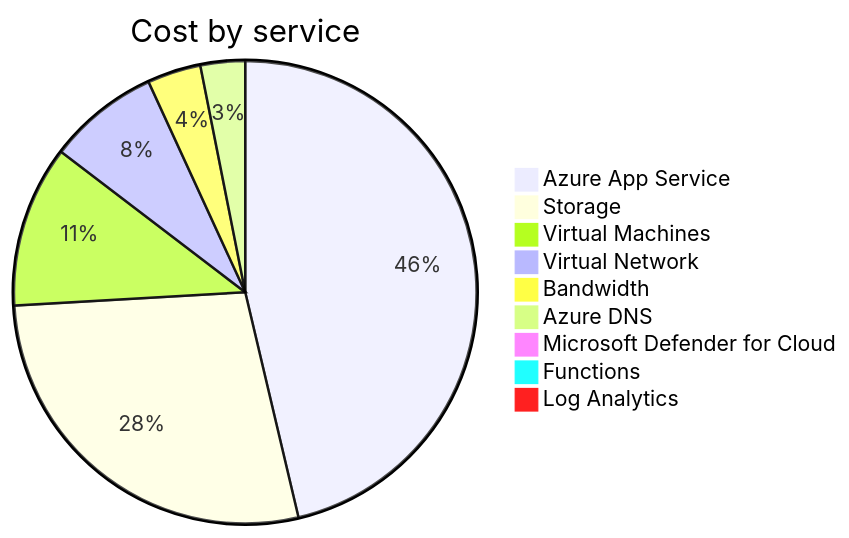
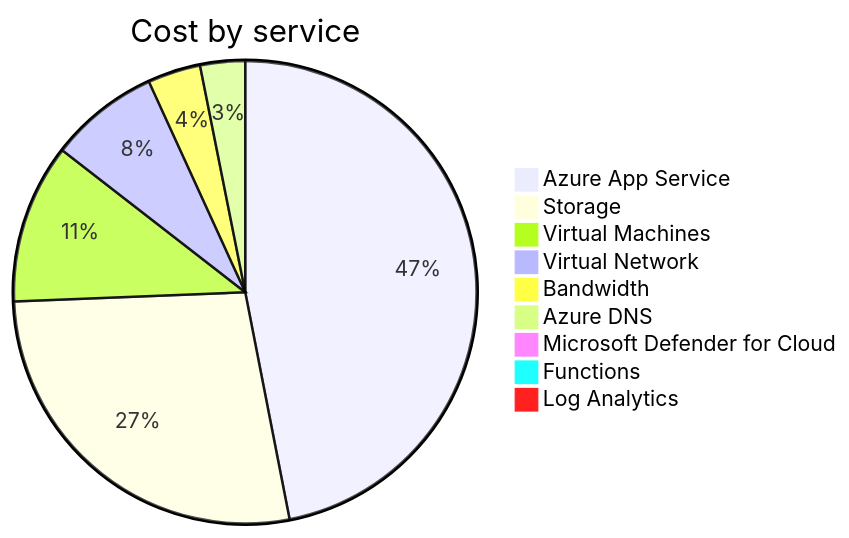
The second of 4 diagrams in cost-reports/accumulated-cost.md (jpfulton/azure-personal-reports), drawn with Mermaid before and after one commit. The commit also changed other lines of this file and 4 other files, not shown here.

````diff
--- a/cost-reports/accumulated-cost.md
+++ b/cost-reports/accumulated-cost.md
@@ -103,13 +103,13 @@
 ```mermaid
 pie
    title Cost by service
-   "Azure App Service" : 14.72
-   "Storage" : 8.83
+   "Azure App Service" : 15.12
+   "Storage" : 8.84
    "Virtual Machines" : 3.59
    "Virtual Network" : 2.47
    "Bandwidth" : 1.19
-   "Azure DNS" : 0.99
+   "Azure DNS" : 1.01
    "Microsoft Defender for Cloud" : 0.10
    "Functions" : 0.00
    "Log Analytics" : 0.00
 ```
````
